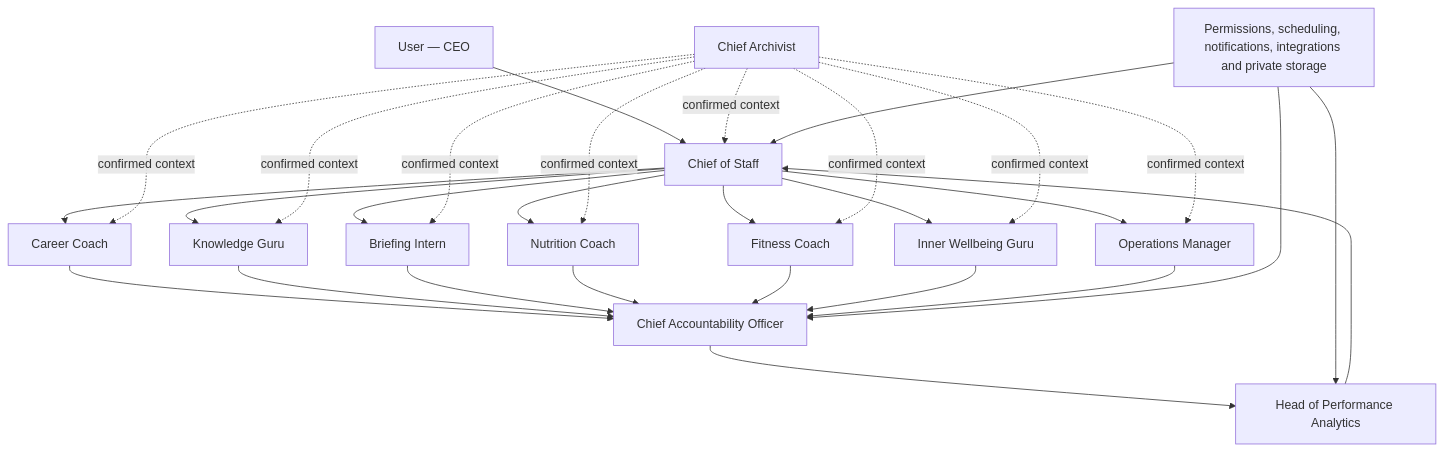
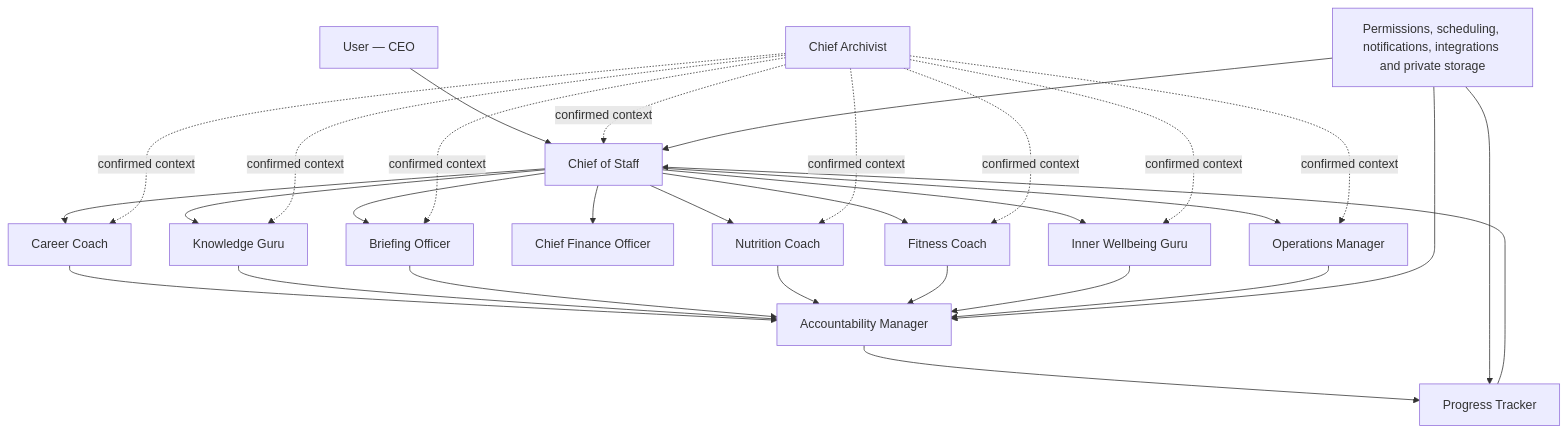
The second of 2 diagrams in README.md (pujagorai9/life-os), drawn with Mermaid before and after one commit. The commit also changed other lines of this file, not shown here.

Commit message:
Document Life OS technical architecture

````diff
--- a/README.md
+++ b/README.md
@@ -89,36 +216,37 @@
 ```mermaid
 flowchart TD
     CEO[User — CEO] --> COS[Chief of Staff]
 
     COS --> CC[Career Coach]
     COS --> KG[Knowledge Guru]
-    COS --> BI[Briefing Intern]
+    COS --> BI[Briefing Officer]
+    COS --> CFO[Chief Finance Officer]
     COS --> NC[Nutrition Coach]
     COS --> FC[Fitness Coach]
     COS --> IWG[Inner Wellbeing Guru]
     COS --> OM[Operations Manager]
 
-    CC --> CAO[Chief Accountability Officer]
+    CC --> CAO[Accountability Manager]
     KG --> CAO
     BI --> CAO
     NC --> CAO
     FC --> CAO
     IWG --> CAO
     OM --> CAO
 
-    CAO --> HPA[Head of Performance Analytics]
+    CAO --> HPA[Progress Tracker]
     HPA --> COS
 
     ARCH[Chief Archivist] -. confirmed context .-> COS
     ARCH -. confirmed context .-> CC
     ARCH -. confirmed context .-> KG
     ARCH -. confirmed context .-> BI
     ARCH -. confirmed context .-> NC
     ARCH -. confirmed context .-> FC
     ARCH -. confirmed context .-> IWG
     ARCH -. confirmed context .-> OM
 
     SERVICES[Permissions, scheduling, notifications, integrations and private storage] --> COS
     SERVICES --> CAO
     SERVICES --> HPA
 ```
````
